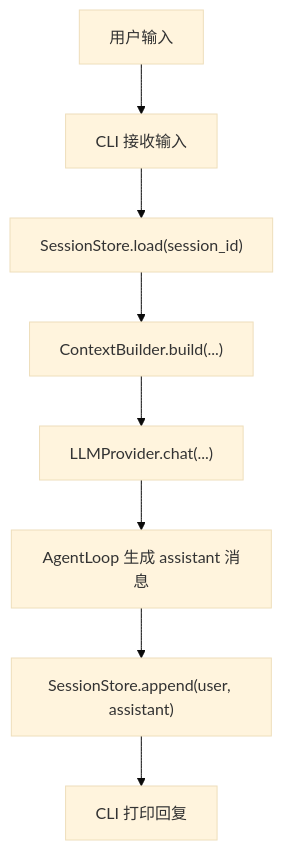
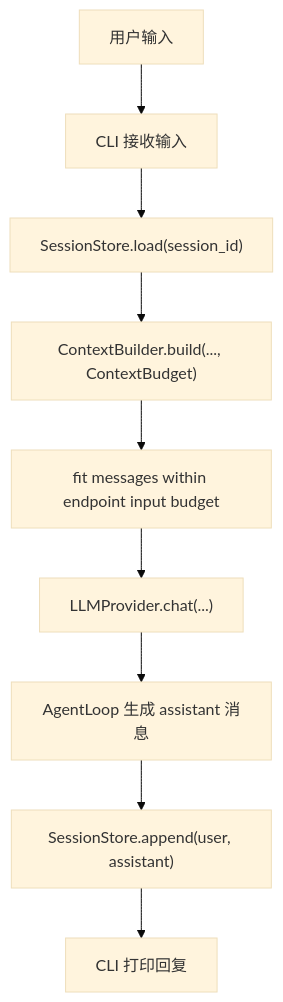
Before and after one commit to zcjMoxx/zhice_agent: the first of 3 diagrams in docs_design/zhice-agent-part2-no-tool-chat-design.md, drawn with Mermaid (base theme). The commit also changed other lines of this file and 127 other files, not shown here.

````diff
--- a/docs_design/zhice-agent-part2-no-tool-chat-design.md
+++ b/docs_design/zhice-agent-part2-no-tool-chat-design.md
@@ -365,10 +385,11 @@
 ```mermaid
 flowchart TD
     A["用户输入"] --> B["CLI 接收输入"]
     B --> C["SessionStore.load(session_id)"]
-    C --> D["ContextBuilder.build(...)"]
-    D --> E["LLMProvider.chat(...)"]
-    E --> F["AgentLoop 生成 assistant 消息"]
-    F --> G["SessionStore.append(user, assistant)"]
-    G --> H["CLI 打印回复"]
+    C --> D["ContextBuilder.build(..., ContextBudget)"]
+    D --> E["fit messages within endpoint input budget"]
+    E --> F["LLMProvider.chat(...)"]
+    F --> G["AgentLoop 生成 assistant 消息"]
+    G --> H["SessionStore.append(user, assistant)"]
+    H --> I["CLI 打印回复"]
 ```
````
